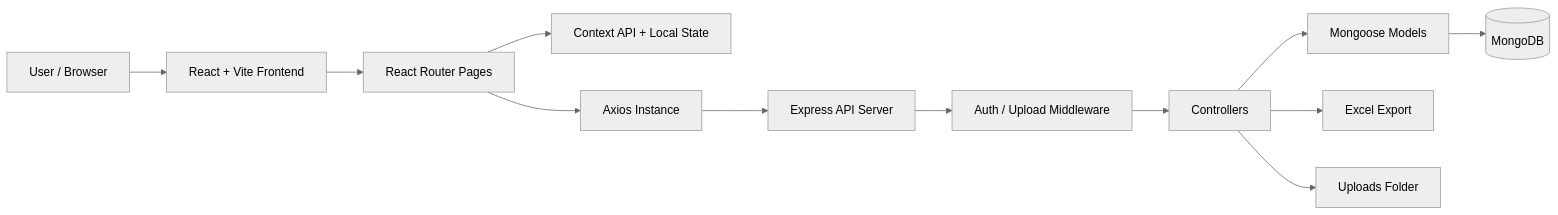
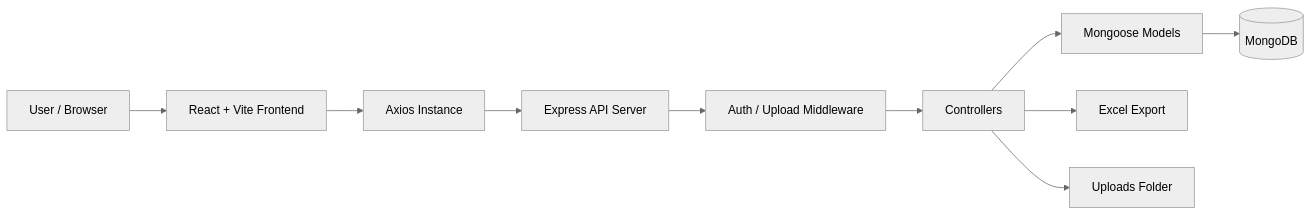
Before and after one commit to abhi143x/Expense-management-system: the diagram in README.md, drawn with Mermaid (neutral theme). The commit also changed other lines of this file, not shown here.

````diff
--- a/README.md
+++ b/README.md
@@ -56,14 +56,12 @@
 ```mermaid
 flowchart LR
     User["User / Browser"] --> UI["React + Vite Frontend"]
-    UI --> Router["React Router Pages"]
-    Router --> State["Context API + Local State"]
-    Router --> API["Axios Instance"]
+    UI --> API["Axios Instance"]
     API --> Express["Express API Server"]
     Express --> Middleware["Auth / Upload Middleware"]
     Middleware --> Controllers["Controllers"]
     Controllers --> Models["Mongoose Models"]
     Models --> MongoDB[("MongoDB")]
     Controllers --> Excel["Excel Export"]
     Controllers --> Uploads["Uploads Folder"]
 ```
````
